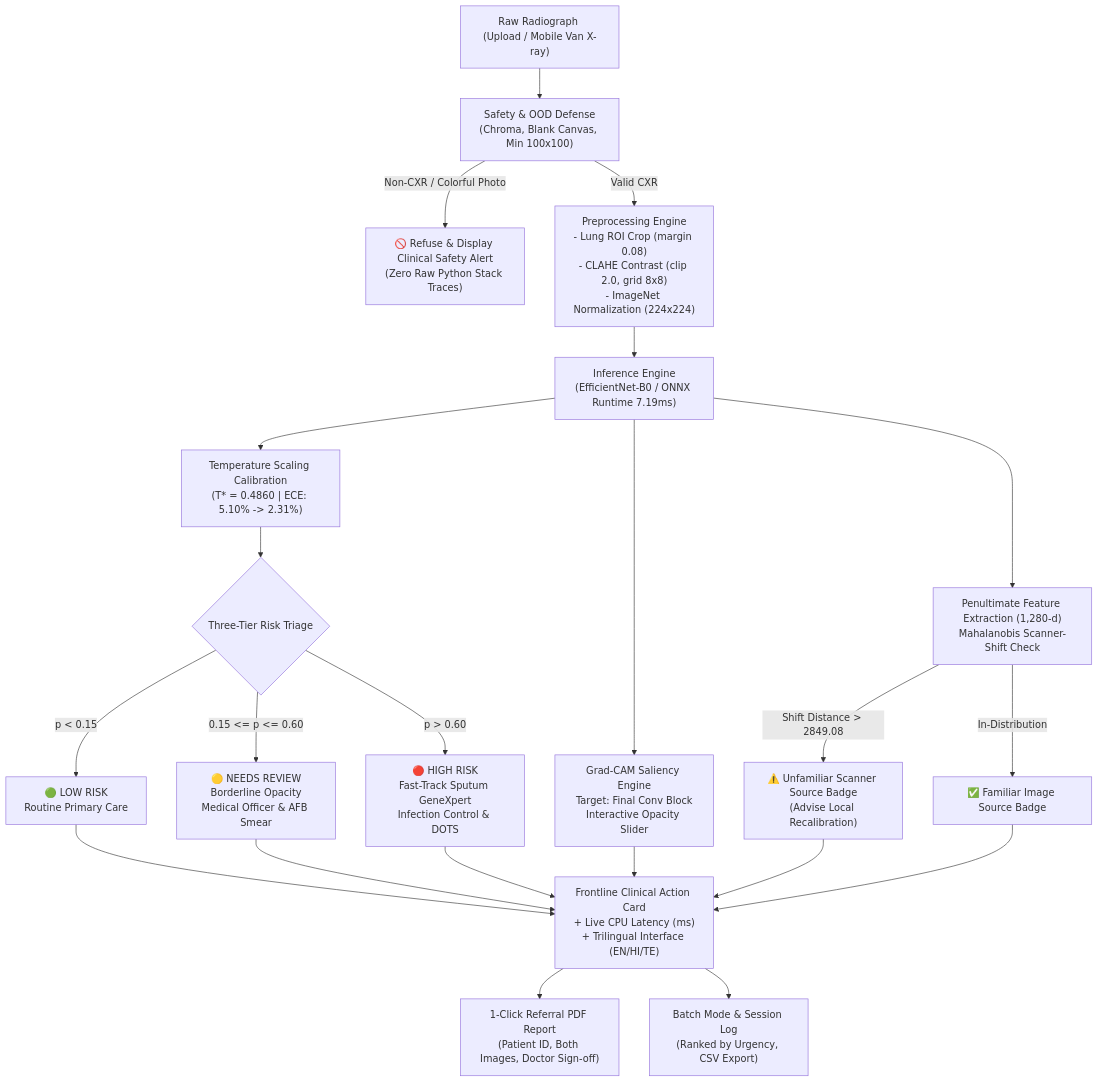
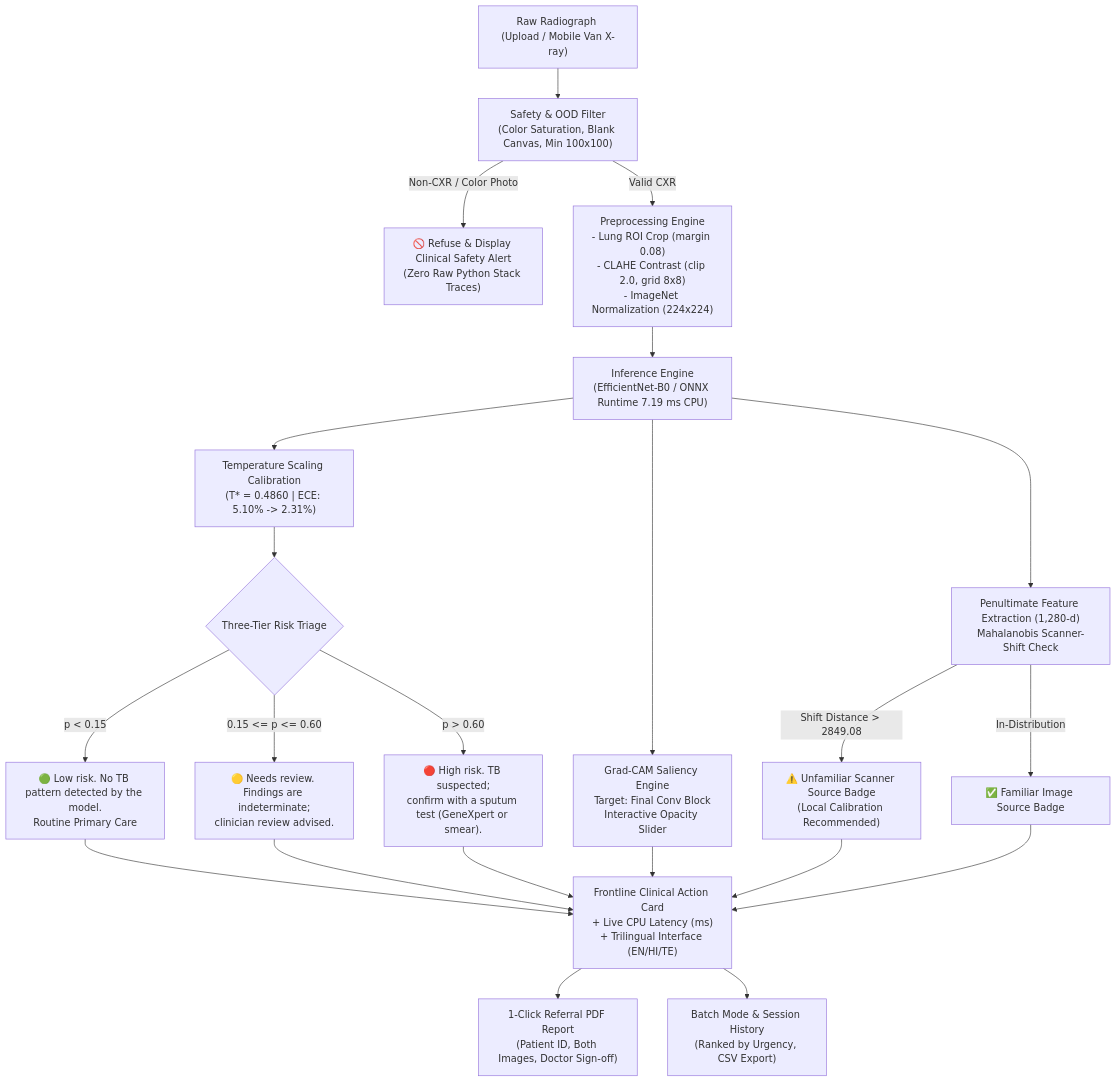
The diagram in README.md (meowhuriya/tb-screen-ai), drawn with Mermaid before and after one commit. The commit also changed other lines of this file and 11 other files, not shown here.

````diff
--- a/README.md
+++ b/README.md
@@ -92,19 +114,19 @@
 ```mermaid
 flowchart TD
-    A["Raw Radiograph (Upload / Mobile Van X-ray)"] --> B["Safety & OOD Defense\n(Chroma, Blank Canvas, Min 100x100)"]
-    B -->|Non-CXR / Colorful Photo| B_Err["🚫 Refuse & Display Clinical Safety Alert\n(Zero Raw Python Stack Traces)"]
+    A["Raw Radiograph (Upload / Mobile Van X-ray)"] --> B["Safety & OOD Filter\n(Color Saturation, Blank Canvas, Min 100x100)"]
+    B -->|Non-CXR / Color Photo| B_Err["🚫 Refuse & Display Clinical Safety Alert\n(Zero Raw Python Stack Traces)"]
     B -->|Valid CXR| C["Preprocessing Engine\n- Lung ROI Crop (margin 0.08)\n- CLAHE Contrast (clip 2.0, grid 8x8)\n- ImageNet Normalization (224x224)"]
-    C --> D["Inference Engine\n(EfficientNet-B0 / ONNX Runtime 7.19ms)"]
+    C --> D["Inference Engine\n(EfficientNet-B0 / ONNX Runtime 7.19 ms CPU)"]
     D --> E["Penultimate Feature Extraction (1,280-d)\nMahalanobis Scanner-Shift Check"]
-    E -->|Shift Distance > 2849.08| E_Warn["⚠️ Unfamiliar Scanner Source Badge\n(Advise Local Recalibration)"]
+    E -->|Shift Distance > 2849.08| E_Warn["⚠️ Unfamiliar Scanner Source Badge\n(Local Calibration Recommended)"]
     E -->|In-Distribution| E_Ok["✅ Familiar Image Source Badge"]
     D --> F["Temperature Scaling Calibration\n(T* = 0.4860 | ECE: 5.10% -> 2.31%)"]
     F --> G{"Three-Tier Risk Triage"}
-    G -->|p < 0.15| H["🟢 LOW RISK\nRoutine Primary Care"]
-    G -->|0.15 <= p <= 0.60| I["🟡 NEEDS REVIEW\nBorderline Opacity\nMedical Officer & AFB Smear"]
-    G -->|p > 0.60| J["🔴 HIGH RISK\nFast-Track Sputum GeneXpert\nInfection Control & DOTS"]
+    G -->|p < 0.15| H["🟢 Low risk. No TB pattern detected by the model.\nRoutine Primary Care"]
+    G -->|0.15 <= p <= 0.60| I["🟡 Needs review. Findings are indeterminate;\nclinician review advised."]
+    G -->|p > 0.60| J["🔴 High risk. TB suspected;\nconfirm with a sputum test (GeneXpert or smear)."]
     D --> K["Grad-CAM Saliency Engine\nTarget: Final Conv Block\nInteractive Opacity Slider"]
     H & I & J & K & E_Warn & E_Ok --> L["Frontline Clinical Action Card\n+ Live CPU Latency (ms)\n+ Trilingual Interface (EN/HI/TE)"]
     L --> M["1-Click Referral PDF Report\n(Patient ID, Both Images, Doctor Sign-off)"]
-    L --> N["Batch Mode & Session Log\n(Ranked by Urgency, CSV Export)"]
+    L --> N["Batch Mode & Session History\n(Ranked by Urgency, CSV Export)"]
 ```
````
